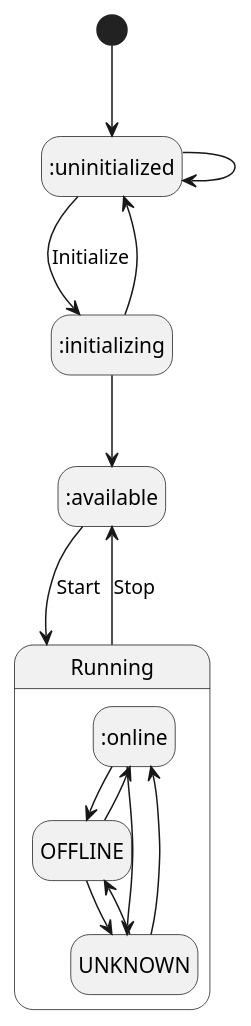
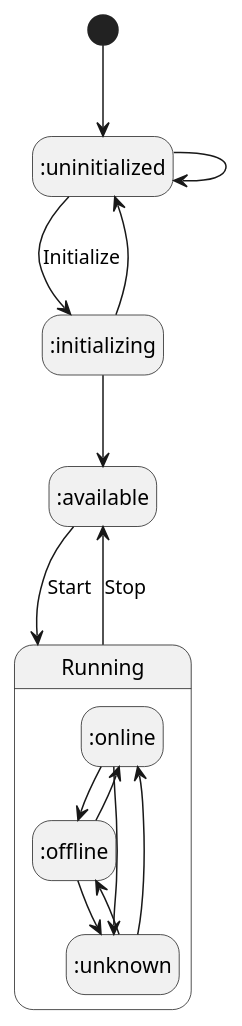
Before and after one commit to ex-agon/exagon: the diagram in docs/concepts/thing_status.puml, drawn with PlantUML. The commit also changed 2 other files, not shown here.

```diff
--- a/docs/concepts/thing_status.puml
+++ b/docs/concepts/thing_status.puml
@@ -1,21 +1,21 @@
 @startuml
 hide empty description
 [*] --> :uninitialized
 :uninitialized --> :initializing : Initialize
 :uninitialized --> :uninitialized
 :initializing --> :available
 :initializing --> :uninitialized
 
 state Running {
-    :online --> OFFLINE
-    :online --> UNKNOWN
-    OFFLINE --> UNKNOWN
-    OFFLINE --> :online
-    UNKNOWN --> OFFLINE
-    UNKNOWN --> :online
+    :online --> :offline
+    :online --> :unknown
+    :offline --> :unknown
+    :offline --> :online
+    :unknown --> :offline
+    :unknown --> :online
 }
 
 :available --> Running : Start
 Running --> :available : Stop
 
 @enduml
```
